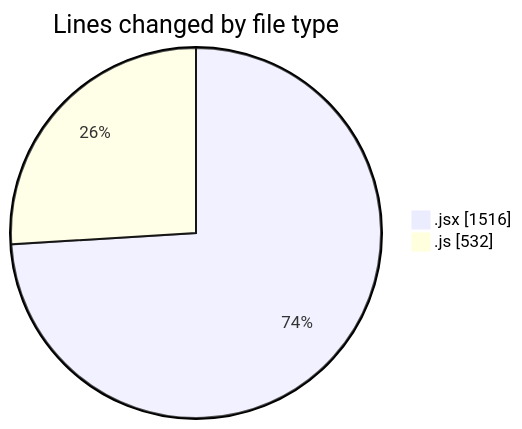
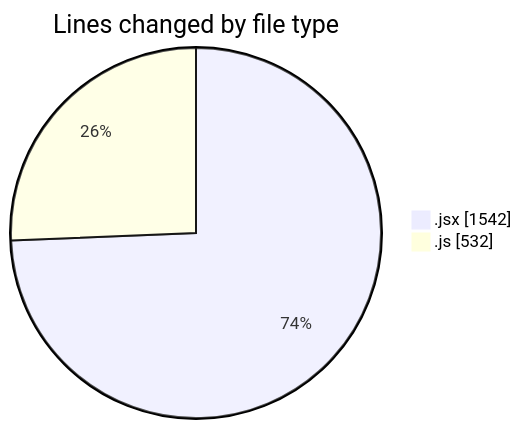
Before and after one commit to nxtqubesakshisongat/code-tracking: the first of 2 diagrams in 2025-11-06/nxtqube_webapp/README.md, drawn with Mermaid. The commit also changed other lines of this file and 1 other file, not shown here.

````diff
--- a/2025-11-06/nxtqube_webapp/README.md
+++ b/2025-11-06/nxtqube_webapp/README.md
@@ -25,6 +25,6 @@
 ```mermaid
 pie showData
 title Lines changed by file type
-".jsx" : 1516
+".jsx" : 1542
 ".js" : 532
 ```
````
